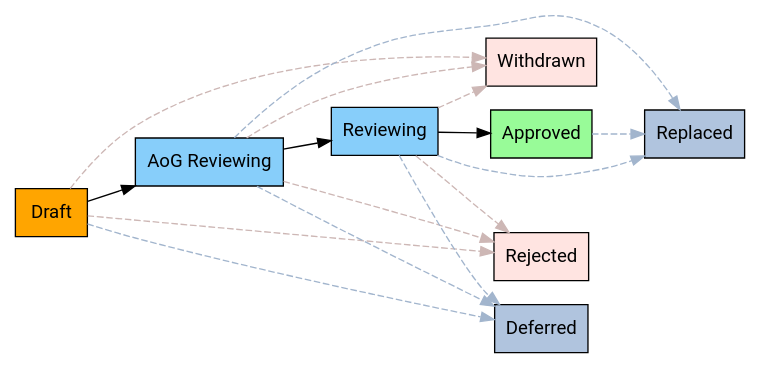
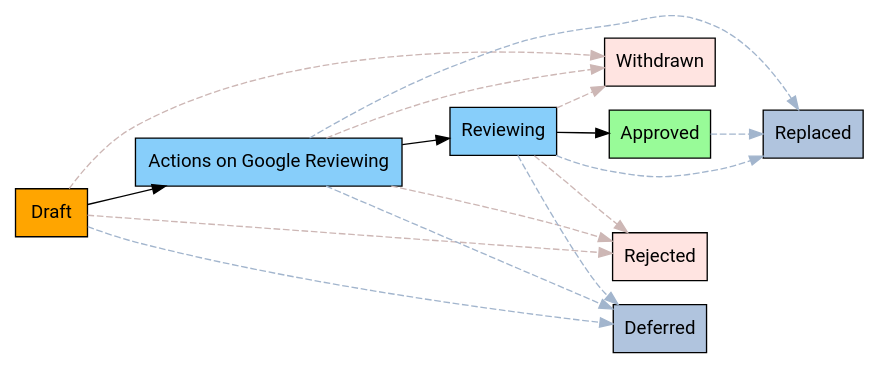
Before and after one commit to aip-dev/google.aip.dev: the second of 2 diagrams in aip/aog/3001.md, drawn with Graphviz. The commit also changed other lines of this file, not shown here.

````diff
--- a/aip/aog/3001.md
+++ b/aip/aog/3001.md
@@ -97,30 +100,30 @@
 ```graphviz
 digraph d_front_back {
   rankdir=LR;
   node [ style="filled,solid" shape=box fontname="Roboto" ];
   draft [ label="Draft" fillcolor="orange" ];
-  aog_reviewing [ label="AoG Reviewing" fillcolor="lightskyblue" ];
+  aog_reviewing [ label="Actions on Google Reviewing" fillcolor="lightskyblue" ];
   reviewing [ label="Reviewing" fillcolor="lightskyblue" ];
   approved [ label="Approved" fillcolor="palegreen" ];
   withdrawn [ label="Withdrawn" fillcolor="mistyrose" ];
   rejected [ label="Rejected" fillcolor="mistyrose" ];
   deferred [ label="Deferred" fillcolor="lightsteelblue" ];
   replaced [ label="Replaced" fillcolor="lightsteelblue" ];
 
   draft -> aog_reviewing;
   aog_reviewing -> reviewing;
   draft -> withdrawn [ style=dashed, color=mistyrose3 ];
   draft -> rejected [ style=dashed, color=mistyrose3 ];
   reviewing -> approved;
   aog_reviewing -> withdrawn [ style=dashed, color=mistyrose3 ];
   reviewing -> withdrawn [ style=dashed, color=mistyrose3 ];
   aog_reviewing -> rejected [ style=dashed, color=mistyrose3 ];
   reviewing -> rejected [ style=dashed, color=mistyrose3 ];
   draft -> deferred [ style=dashed, color=lightsteelblue3 ];
   aog_reviewing -> deferred [ style=dashed, color=lightsteelblue3 ];
   reviewing -> deferred [ style=dashed, color=lightsteelblue3 ];
   approved -> replaced [ style=dashed, color=lightsteelblue3 ];
   aog_reviewing -> replaced [ style=dashed, color=lightsteelblue3 ];
   reviewing -> replaced [ style=dashed, color=lightsteelblue3 ];
 }
 ```
````
